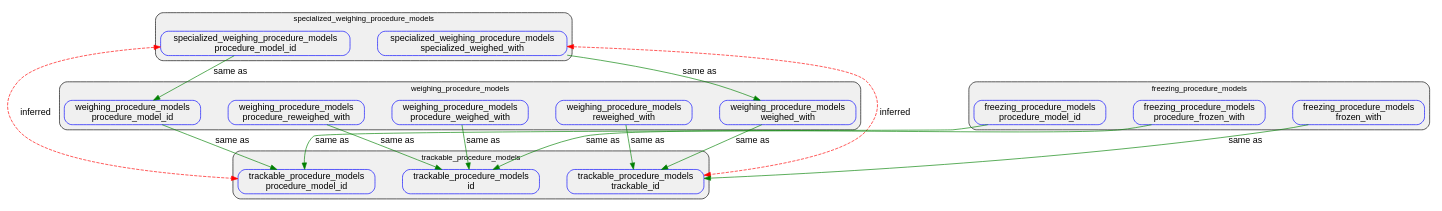
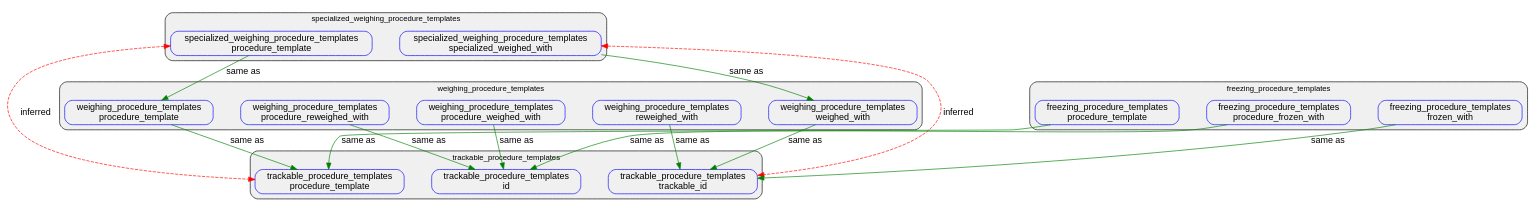
Before and after one commit to earth-metabolome-initiative/emi-monorepo: the diagram in web/web_common/webcodegen/test_inserted_alongside.dot, drawn with Graphviz. The commit also changed 2000 other files, not shown here.

```diff
--- a/web/web_common/webcodegen/test_inserted_alongside.dot
+++ b/web/web_common/webcodegen/test_inserted_alongside.dot
@@ -1,58 +1,58 @@
 digraph ColumnSameAsNetwork {
 graph [
             fontname="Helvetica",
             fontsize=12,
             bgcolor=white,
             splines=true,
             nodesep=0.6,
             concentrate=true,
             compound=true,
         ];
 node [shape=box, style=rounded, fontname="Helvetica"];
 edge [fontname="Helvetica"];
-subgraph cluster_trackable_procedure_models {
-  C6 [color="blue", fillcolor="#ffffff", label="trackable_procedure_models\nid"];
-  C7 [color="blue", fillcolor="#ffffff", label="trackable_procedure_models\nprocedure_model_id"];
-  C8 [color="blue", fillcolor="#ffffff", label="trackable_procedure_models\ntrackable_id"];
-  label="trackable_procedure_models";
+subgraph cluster_trackable_procedure_templates {
+  C6 [color="blue", fillcolor="#ffffff", label="trackable_procedure_templates\nid"];
+  C7 [color="blue", fillcolor="#ffffff", label="trackable_procedure_templates\nprocedure_template"];
+  C8 [color="blue", fillcolor="#ffffff", label="trackable_procedure_templates\ntrackable_id"];
+  label="trackable_procedure_templates";
   style="filled, rounded";
   fillcolor="#f0f0f0";
 }
-subgraph cluster_weighing_procedure_models {
-  C11 [color="blue", fillcolor="#ffffff", label="weighing_procedure_models\nprocedure_model_id"];
-  C12 [color="blue", fillcolor="#ffffff", label="weighing_procedure_models\nprocedure_reweighed_with"];
-  C13 [color="blue", fillcolor="#ffffff", label="weighing_procedure_models\nprocedure_weighed_with"];
-  C14 [color="blue", fillcolor="#ffffff", label="weighing_procedure_models\nreweighed_with"];
-  C15 [color="blue", fillcolor="#ffffff", label="weighing_procedure_models\nweighed_with"];
-  label="weighing_procedure_models";
+subgraph cluster_weighing_procedure_templates {
+  C11 [color="blue", fillcolor="#ffffff", label="weighing_procedure_templates\nprocedure_template"];
+  C12 [color="blue", fillcolor="#ffffff", label="weighing_procedure_templates\nprocedure_reweighed_with"];
+  C13 [color="blue", fillcolor="#ffffff", label="weighing_procedure_templates\nprocedure_weighed_with"];
+  C14 [color="blue", fillcolor="#ffffff", label="weighing_procedure_templates\nreweighed_with"];
+  C15 [color="blue", fillcolor="#ffffff", label="weighing_procedure_templates\nweighed_with"];
+  label="weighing_procedure_templates";
   style="filled, rounded";
   fillcolor="#f0f0f0";
 }
-subgraph cluster_specialized_weighing_procedure_models {
-  C4 [color="blue", fillcolor="#ffffff", label="specialized_weighing_procedure_models\nprocedure_model_id"];
-  C5 [color="blue", fillcolor="#ffffff", label="specialized_weighing_procedure_models\nspecialized_weighed_with"];
-  label="specialized_weighing_procedure_models";
+subgraph cluster_specialized_weighing_procedure_templates {
+  C4 [color="blue", fillcolor="#ffffff", label="specialized_weighing_procedure_templates\nprocedure_template"];
+  C5 [color="blue", fillcolor="#ffffff", label="specialized_weighing_procedure_templates\nspecialized_weighed_with"];
+  label="specialized_weighing_procedure_templates";
   style="filled, rounded";
   fillcolor="#f0f0f0";
 }
-subgraph cluster_freezing_procedure_models {
-  C0 [color="blue", fillcolor="#ffffff", label="freezing_procedure_models\nfrozen_with"];
-  C1 [color="blue", fillcolor="#ffffff", label="freezing_procedure_models\nprocedure_frozen_with"];
-  C2 [color="blue", fillcolor="#ffffff", label="freezing_procedure_models\nprocedure_model_id"];
-  label="freezing_procedure_models";
+subgraph cluster_freezing_procedure_templates {
+  C0 [color="blue", fillcolor="#ffffff", label="freezing_procedure_templates\nfrozen_with"];
+  C1 [color="blue", fillcolor="#ffffff", label="freezing_procedure_templates\nprocedure_frozen_with"];
+  C2 [color="blue", fillcolor="#ffffff", label="freezing_procedure_templates\nprocedure_template"];
+  label="freezing_procedure_templates";
   style="filled, rounded";
   fillcolor="#f0f0f0";
 }
   C0 -> C8 [color="green", label="same as"];
   C1 -> C6 [color="green", label="same as"];
   C2 -> C7 [color="green", label="same as"];
   C4 -> C11 [color="green", label="same as"];
   C5 -> C15 [color="green", label="same as"];
   C11 -> C7 [color="green", label="same as"];
   C12 -> C6 [color="green", label="same as"];
   C13 -> C6 [color="green", label="same as"];
   C14 -> C8 [color="green", label="same as"];
   C15 -> C8 [color="green", label="same as"];
   C4 -> C7 [dir="both", color="red", label="inferred", style=dashed];
   C5 -> C8 [dir="both", color="red", label="inferred", style=dashed];
 }
```
